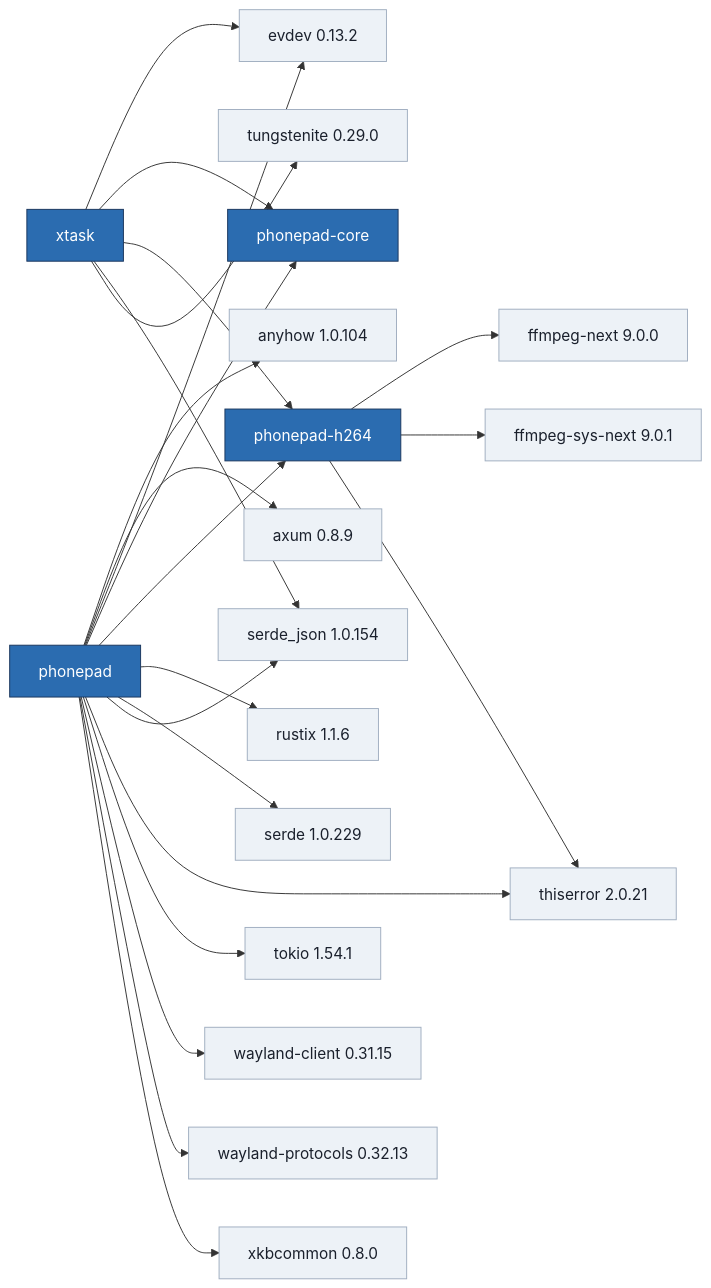
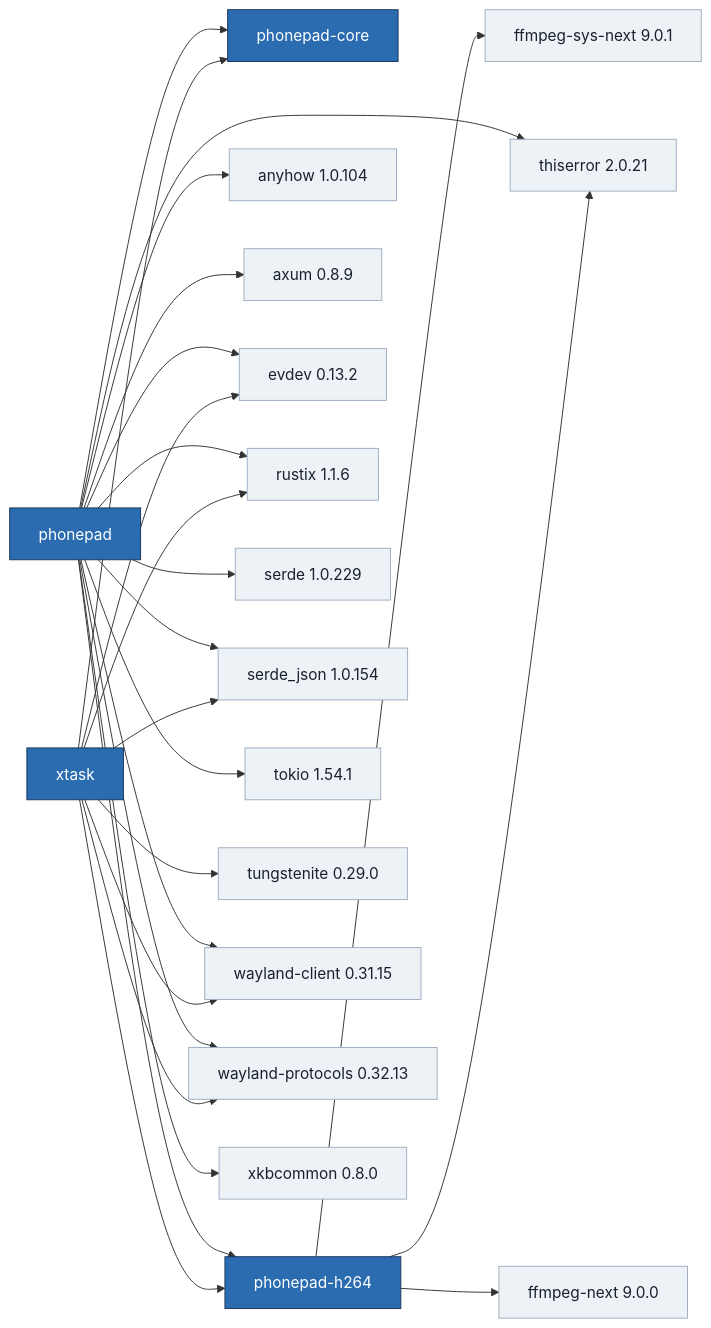
Before and after one commit to igouss/phonepad: the diagram in docs/views/crate-graph.mmd, drawn with Mermaid. The commit also changed 17 other files, not shown here.

First line of the commit message:
xtask: latency runs against a nested Hyprland whose only client repaints at a known rate and counts the content changes the viewer decodes; on the live desktop units/s was bounded by how often the screen changed (25-50/s) and shared it with the user, so lte >= 55 units/s could not be decided

```diff
--- a/docs/views/crate-graph.mmd
+++ b/docs/views/crate-graph.mmd
@@ -1,42 +1,45 @@
 flowchart LR
   classDef workspace fill:#2b6cb0,stroke:#1a365d,color:#ffffff
   classDef external fill:#edf2f7,stroke:#a0aec0,color:#1a202c
   c_phonepad["phonepad"]:::workspace
   c_phonepad_core["phonepad-core"]:::workspace
   c_phonepad_h264["phonepad-h264"]:::workspace
   c_xtask["xtask"]:::workspace
   c_anyhow_1_0_104["anyhow 1.0.104"]:::external
   c_axum_0_8_9["axum 0.8.9"]:::external
   c_evdev_0_13_2["evdev 0.13.2"]:::external
   c_ffmpeg_next_9_0_0["ffmpeg-next 9.0.0"]:::external
   c_ffmpeg_sys_next_9_0_1["ffmpeg-sys-next 9.0.1"]:::external
   c_rustix_1_1_6["rustix 1.1.6"]:::external
   c_serde_1_0_229["serde 1.0.229"]:::external
   c_serde_json_1_0_154["serde_json 1.0.154"]:::external
   c_thiserror_2_0_21["thiserror 2.0.21"]:::external
   c_tokio_1_54_1["tokio 1.54.1"]:::external
   c_tungstenite_0_29_0["tungstenite 0.29.0"]:::external
   c_wayland_client_0_31_15["wayland-client 0.31.15"]:::external
   c_wayland_protocols_0_32_13["wayland-protocols 0.32.13"]:::external
   c_xkbcommon_0_8_0["xkbcommon 0.8.0"]:::external
   c_phonepad --> c_anyhow_1_0_104
   c_phonepad --> c_axum_0_8_9
   c_phonepad --> c_evdev_0_13_2
   c_phonepad --> c_phonepad_core
   c_phonepad --> c_phonepad_h264
   c_phonepad --> c_rustix_1_1_6
   c_phonepad --> c_serde_1_0_229
   c_phonepad --> c_serde_json_1_0_154
   c_phonepad --> c_thiserror_2_0_21
   c_phonepad --> c_tokio_1_54_1
   c_phonepad --> c_wayland_client_0_31_15
   c_phonepad --> c_wayland_protocols_0_32_13
   c_phonepad --> c_xkbcommon_0_8_0
   c_phonepad_h264 --> c_ffmpeg_next_9_0_0
   c_phonepad_h264 --> c_ffmpeg_sys_next_9_0_1
   c_phonepad_h264 --> c_thiserror_2_0_21
   c_xtask --> c_evdev_0_13_2
   c_xtask --> c_phonepad_core
   c_xtask --> c_phonepad_h264
+  c_xtask --> c_rustix_1_1_6
   c_xtask --> c_serde_json_1_0_154
   c_xtask --> c_tungstenite_0_29_0
+  c_xtask --> c_wayland_client_0_31_15
+  c_xtask --> c_wayland_protocols_0_32_13
```
